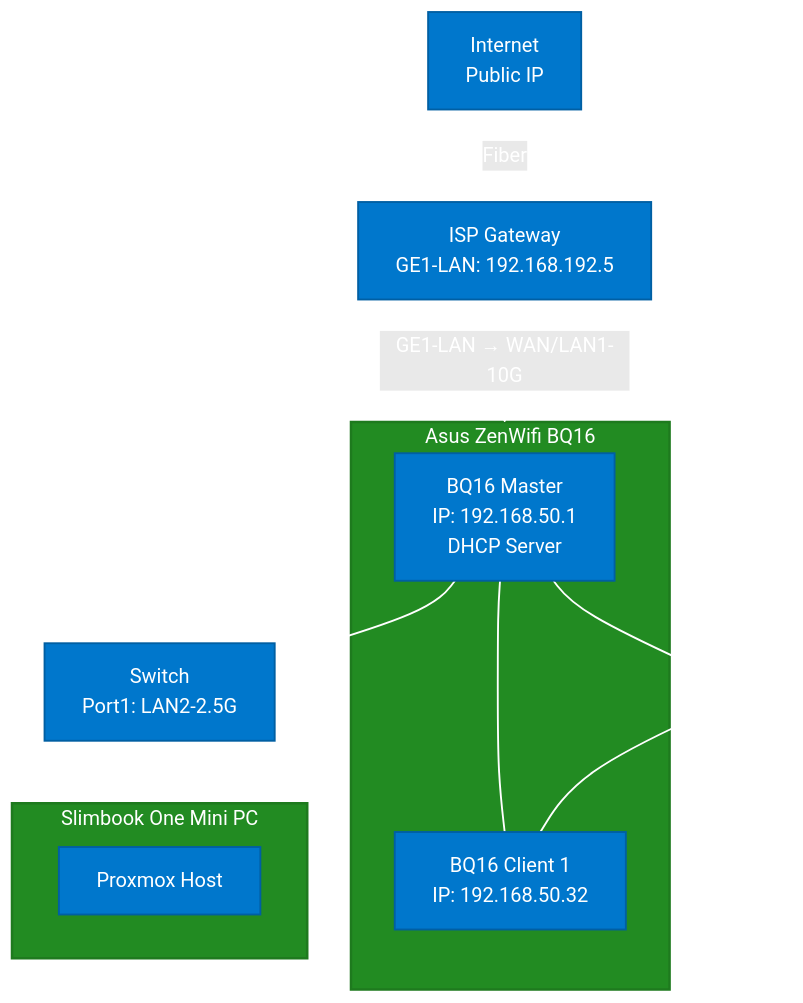
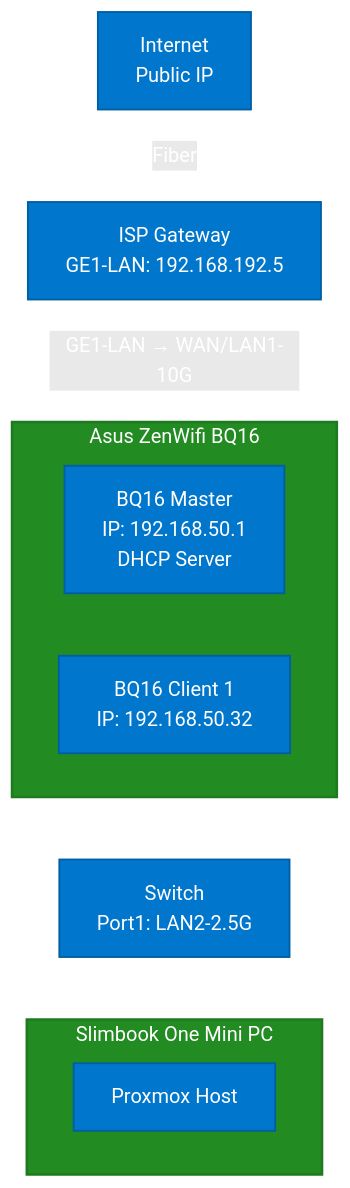
One commit to lukkeutgens/Homelab changed the diagram in Research/architecture.md. Above: the diagram before and after it, drawn with Mermaid.

````diff
--- a/Research/architecture.md
+++ b/Research/architecture.md
@@ -4,38 +4,34 @@
 ```mermaid
 flowchart TD
     A[Internet<br/>Public IP] <-->|Fiber| B[ISP Gateway<br/>GE1-LAN: 192.168.192.5]
-    B <-->|GE1-LAN → WAN/LAN1-10G| ZW[Asus ZenWifi BQ16]
+    B <-->|GE1-LAN → WAN/LAN1-10G| ZW
 
+    %% ZenWifi groep met horizontale layout
     subgraph ZW [Asus ZenWifi BQ16]
+        direction LR
         C[BQ16 Master<br/>IP: 192.168.50.1<br/>DHCP Server]
         D[BQ16 Client 1<br/>IP: 192.168.50.32]
-        C --- D
     end
 
-    %% Positioneer switch onder Master
+    %% Switch onder Master
     C --> S[Switch<br/>Port1: LAN2-2.5G]
     S --> SLIM[Mini PC: Slimbook One<br/>IP: 192.168.50.x<br/>OS: Proxmox]
 
+    %% Slimbook groep
     subgraph SLIM [Slimbook One Mini PC]
         P[Proxmox Host]
         %% Hier komen later de VM's
     end
-
-    %% Layout hint: dummy node om D rechts van C te houden
-    C --> X[ ]
-    X --- D
-    style X fill:transparent,stroke:transparent
 
     %% Styling
     style A fill:#0077cc,color:#ffffff,stroke:#005fa3,stroke-width:1.5px
     style B fill:#0077cc,color:#ffffff,stroke:#005fa3,stroke-width:1.5px
     style C fill:#0077cc,color:#ffffff,stroke:#005fa3,stroke-width:1.5px
     style D fill:#0077cc,color:#ffffff,stroke:#005fa3,stroke-width:1.5px
     style S fill:#0077cc,color:#ffffff,stroke:#005fa3,stroke-width:1.5px
     style SLIM fill:#228b22,color:#ffffff,stroke:#1e7a1e,stroke-width:2px
     style ZW fill:#228b22,color:#ffffff,stroke:#1e7a1e,stroke-width:2px
     style P fill:#0077cc,color:#ffffff,stroke:#005fa3,stroke-width:1.5px
 
     linkStyle default stroke:#ffffff,stroke-width:1.5px,color:#ffffff
-
 ```
````
